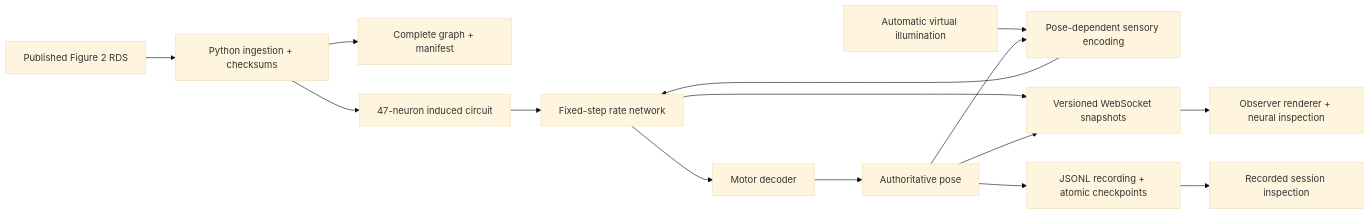
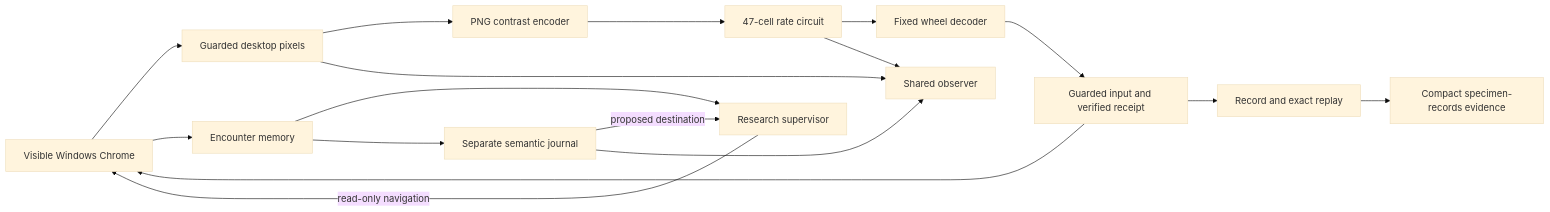
One commit to SpecimenArchive/Specimen-Archive changed the diagram in README.md. Above: the diagram before and after it, drawn with Mermaid (base theme). The commit also changed other lines of this file and 23 other files, not shown here.

````diff
--- a/README.md
+++ b/README.md
@@ -72,17 +15,19 @@
 ```mermaid
 flowchart LR
-  R[Published Figure 2 RDS] --> P[Python ingestion + checksums]
-  P --> F[Complete graph + manifest]
-  P --> C[47-neuron induced circuit]
-  E[Automatic virtual illumination] --> S[Pose-dependent sensory encoding]
-  S --> N[Fixed-step rate network]
-  C --> N
-  N --> M[Motor decoder]
-  M --> O[Authoritative pose]
-  O --> S
-  N --> W[Versioned WebSocket snapshots]
-  O --> W
-  W --> V[Observer renderer + neural inspection]
-  O --> D[JSONL recording + atomic checkpoints]
-  D --> A[Recorded session inspection]
+  W[Visible Windows Chrome] --> P[Guarded desktop pixels]
+  P --> E[PNG contrast encoder]
+  E --> N[47-cell rate circuit]
+  N --> D[Fixed wheel decoder]
+  D --> V[Guarded input and verified receipt]
+  V --> W
+  V --> R[Record and exact replay]
+  W --> M[Encounter memory]
+  M --> S[Research supervisor]
+  M --> J[Separate semantic journal]
+  J -->|proposed destination| S
+  S -->|read-only navigation| W
+  P --> O[Shared observer]
+  N --> O
+  J --> O
+  R --> G[Compact specimen-records evidence]
 ```
````
